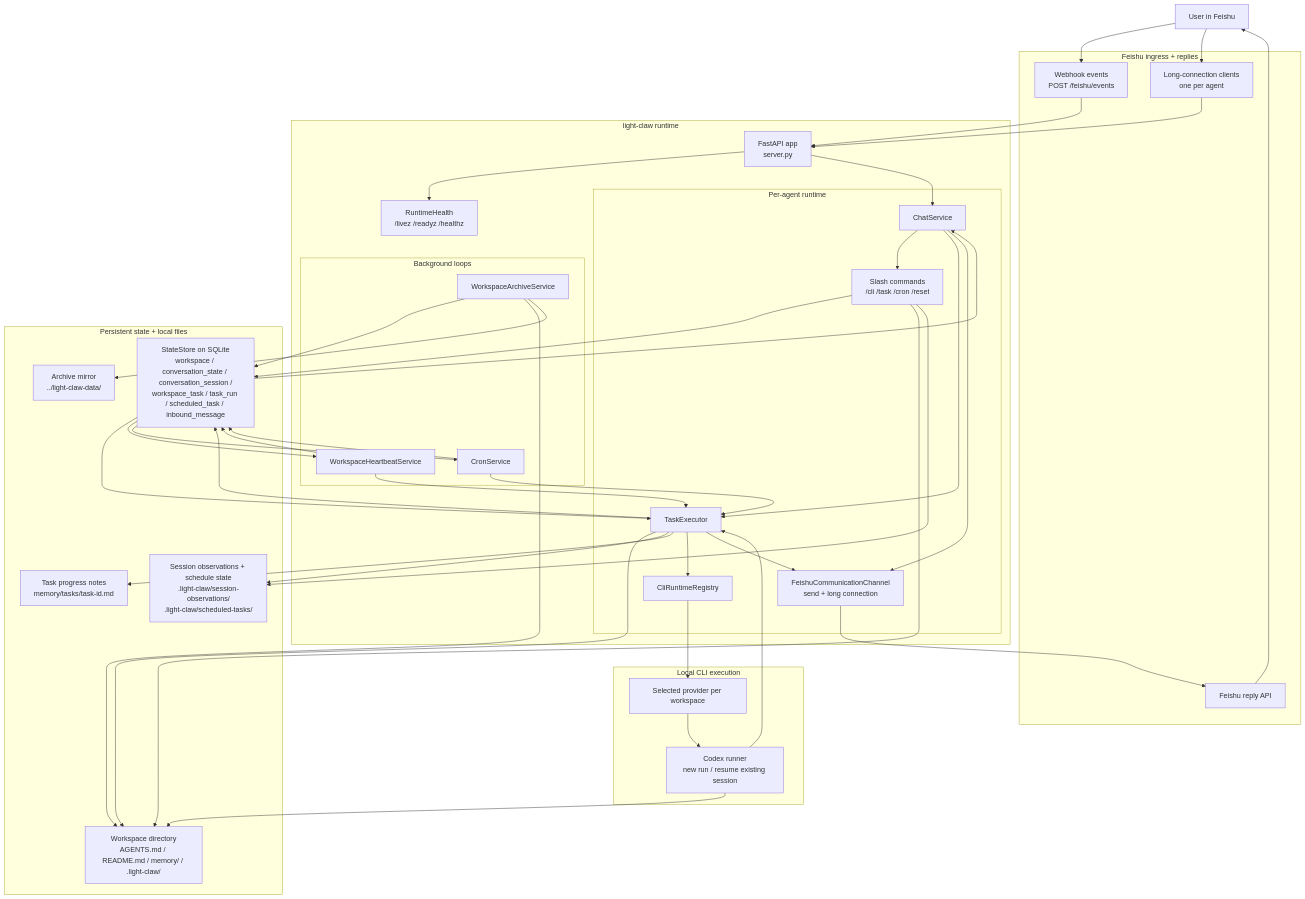
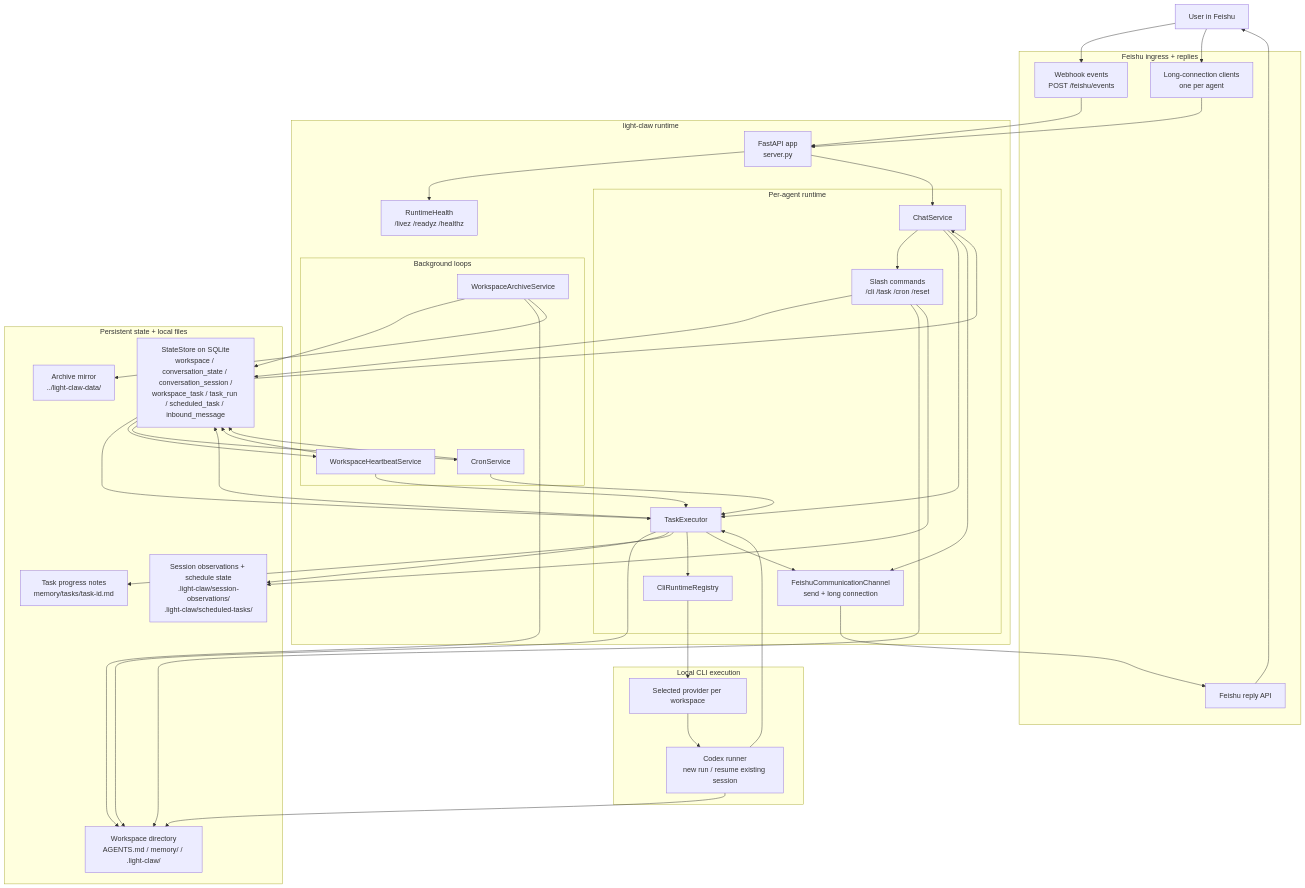
One commit to Skywuuuu/light-claw changed the diagram in README.md. Above: the diagram before and after it, drawn with Mermaid. The commit also changed other lines of this file and 2 other files, not shown here.

Commit message:
Merge workspace bootstrap guidance into AGENTS

```diff
--- a/README.md
+++ b/README.md
@@ -72,7 +72,7 @@
 
   subgraph state[Persistent state + local files]
     store[StateStore on SQLite\nworkspace / conversation_state / conversation_session /\nworkspace_task / task_run / scheduled_task / inbound_message]
-    workspace_dir[Workspace directory\nAGENTS.md / README.md / memory/ / .light-claw/]
+    workspace_dir[Workspace directory\nAGENTS.md / memory/ / .light-claw/]
     observations[Session observations + schedule state\n.light-claw/session-observations/\n.light-claw/scheduled-tasks/]
     progress[Task progress notes\nmemory/tasks/task-id.md]
     archive_dir[Archive mirror\n../light-claw-data/]
```
